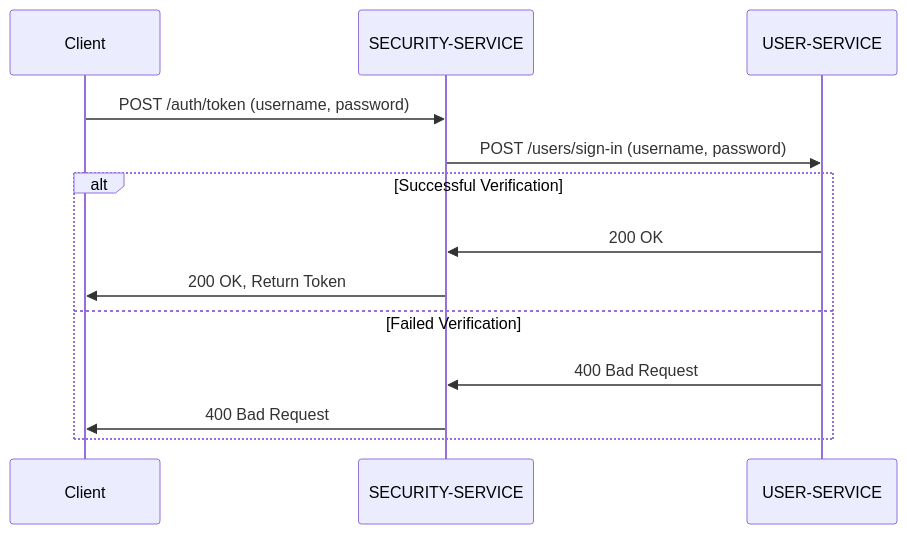
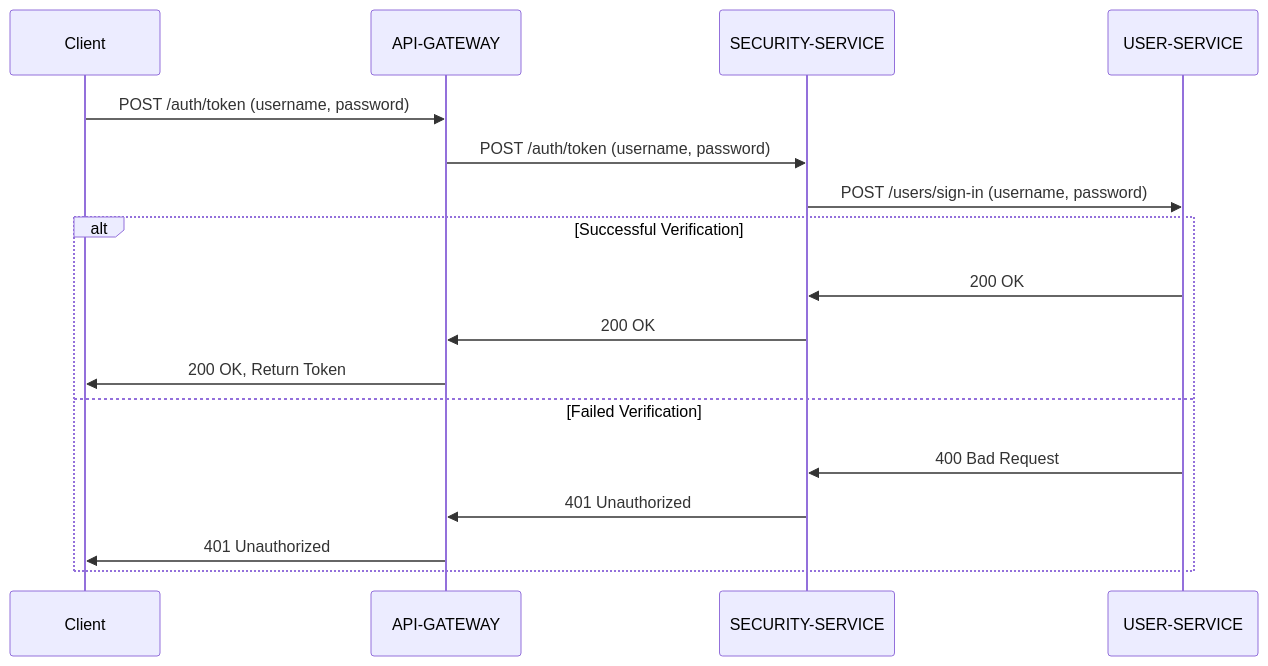
One commit to KalGookSoo/springboot-msa changed the diagram in security/README.md. Above: the diagram before and after it, drawn with Mermaid. The commit also changed other lines of this file and 1 other file, not shown here.

````diff
--- a/security/README.md
+++ b/security/README.md
@@ -29,16 +23,20 @@
 ```mermaid
 sequenceDiagram
     participant Client as Client
+    participant ApiGateway as API-GATEWAY
     participant SecurityService as SECURITY-SERVICE
     participant UserService as USER-SERVICE
 
-    Client->>SecurityService: POST /auth/token (username, password)
+    Client->>ApiGateway: POST /auth/token (username, password)
+    ApiGateway->>SecurityService: POST /auth/token (username, password)
     SecurityService->>UserService: POST /users/sign-in (username, password)
     alt Successful Verification
         UserService->>SecurityService: 200 OK
-        SecurityService->>Client: 200 OK, Return Token
+        SecurityService->>ApiGateway: 200 OK
+        ApiGateway->>Client: 200 OK, Return Token
     else Failed Verification
         UserService->>SecurityService: 400 Bad Request
-        SecurityService->>Client: 400 Bad Request
+        SecurityService->>ApiGateway: 401 Unauthorized
+        ApiGateway->>Client: 401 Unauthorized
     end
 ```
````
